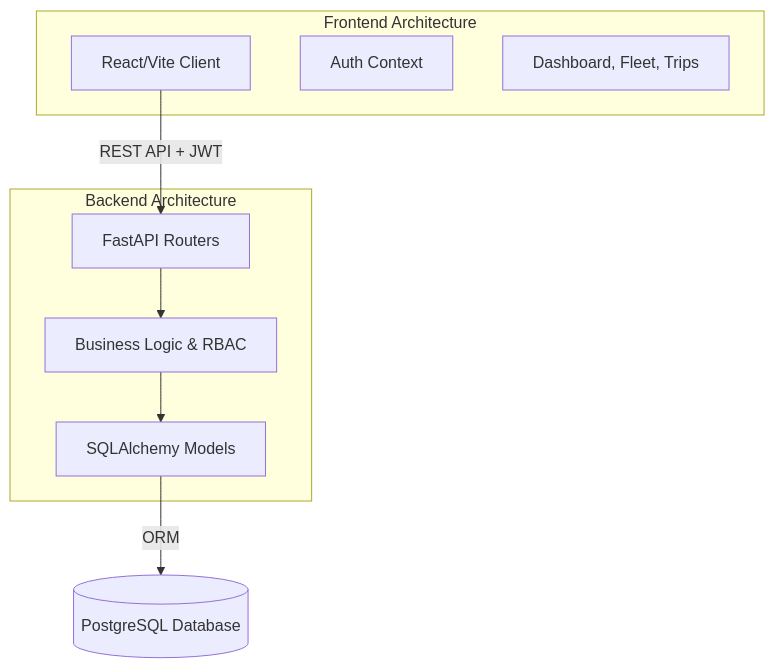
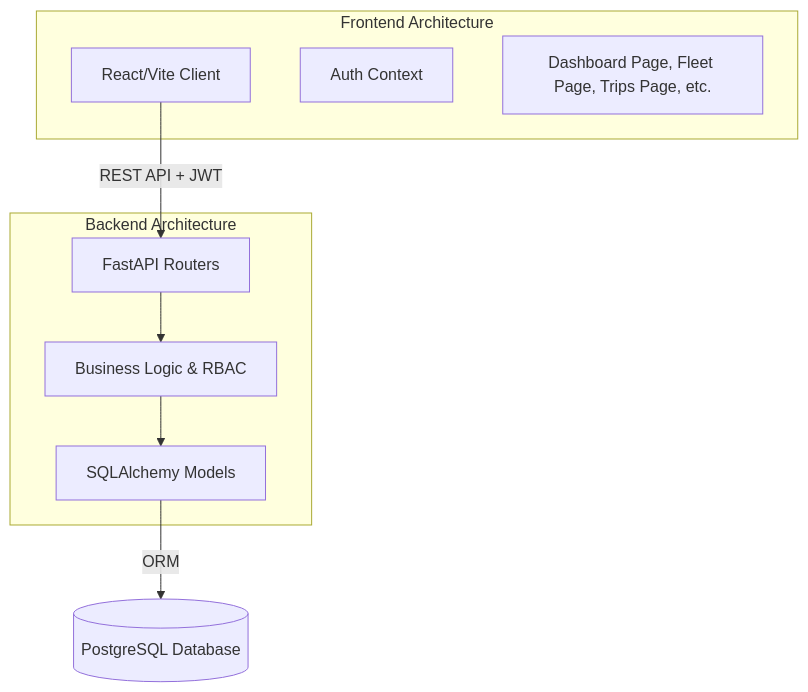
Before and after one commit to suryansh04/TransitOps_ODOO_7MOD3: the diagram in README.md, drawn with Mermaid.

Commit message:
docs: clarify pages in frontend architecture diagram

````diff
--- a/README.md
+++ b/README.md
@@ -31,21 +31,21 @@
 ```mermaid
 graph TD
     subgraph Frontend [Frontend Architecture]
         UI[React/Vite Client]
         Auth[Auth Context]
-        Pages[Dashboard, Fleet, Trips]
+        Pages[Dashboard Page, Fleet Page, Trips Page, etc.]
     end
     
     subgraph Backend [Backend Architecture]
         API[FastAPI Routers]
         Logic[Business Logic & RBAC]
         Models[SQLAlchemy Models]
     end
     
     DB[(PostgreSQL Database)]
 
     UI -- REST API + JWT --> API
     API --> Logic
     Logic --> Models
     Models -- ORM --> DB
 ```
````
